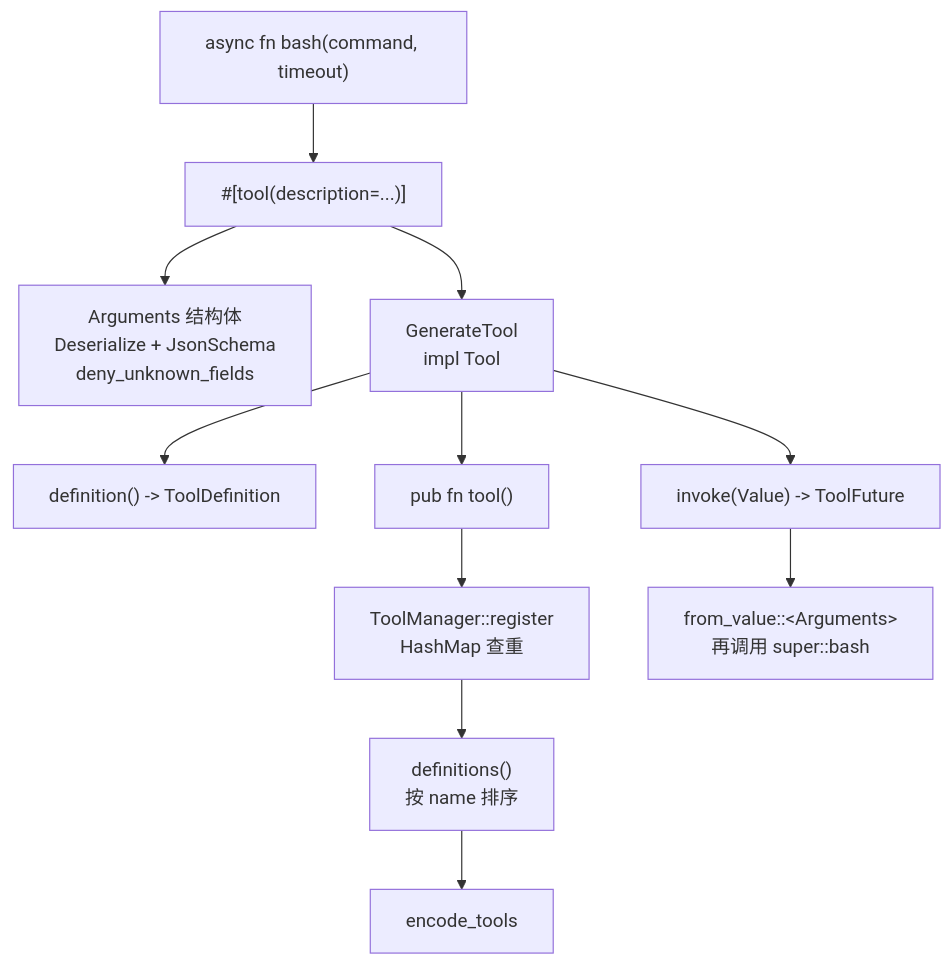
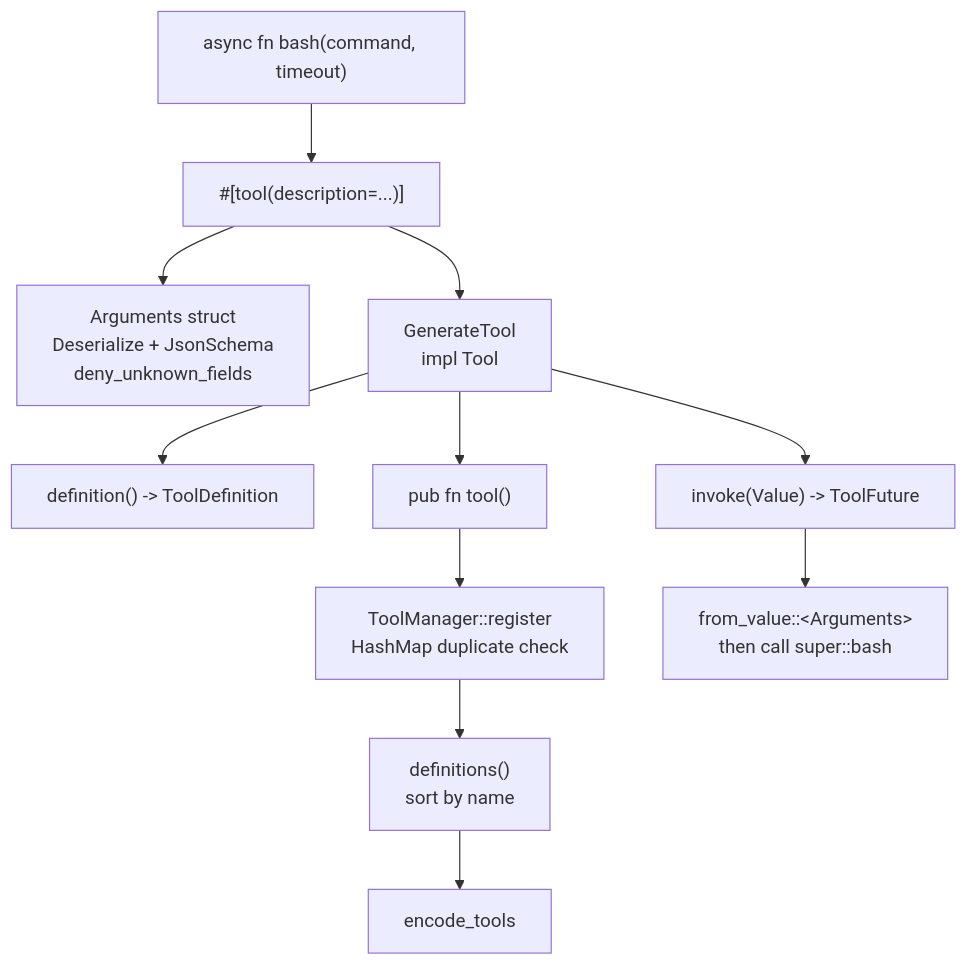
Before and after one commit to Seann0824/Shirley: the sixth of 9 diagrams in docs/architecture.md, drawn with Mermaid. The commit also changed other lines of this file and 131 other files, not shown here.

````diff
--- a/docs/architecture.md
+++ b/docs/architecture.md
@@ -132,13 +132,13 @@
 ```mermaid
 flowchart TD
     F["async fn bash(command, timeout)"] --> MAC["#[tool(description=...)]"]
-    MAC --> ARG["Arguments 结构体<br/>Deserialize + JsonSchema<br/>deny_unknown_fields"]
+    MAC --> ARG["Arguments struct<br/>Deserialize + JsonSchema<br/>deny_unknown_fields"]
     MAC --> GT["GenerateTool<br/>impl Tool"]
     GT --> DEF["definition() -> ToolDefinition"]
     GT --> INV["invoke(Value) -> ToolFuture"]
     GT --> TL["pub fn tool()"]
-    TL --> REG["ToolManager::register<br/>HashMap 查重"]
-    REG --> DEFS["definitions()<br/>按 name 排序"]
+    TL --> REG["ToolManager::register<br/>HashMap duplicate check"]
+    REG --> DEFS["definitions()<br/>sort by name"]
     DEFS --> ET["encode_tools"]
-    INV --> ARG2["from_value::&lt;Arguments&gt;<br/>再调用 super::bash"]
+    INV --> ARG2["from_value::&lt;Arguments&gt;<br/>then call super::bash"]
 ```
````
